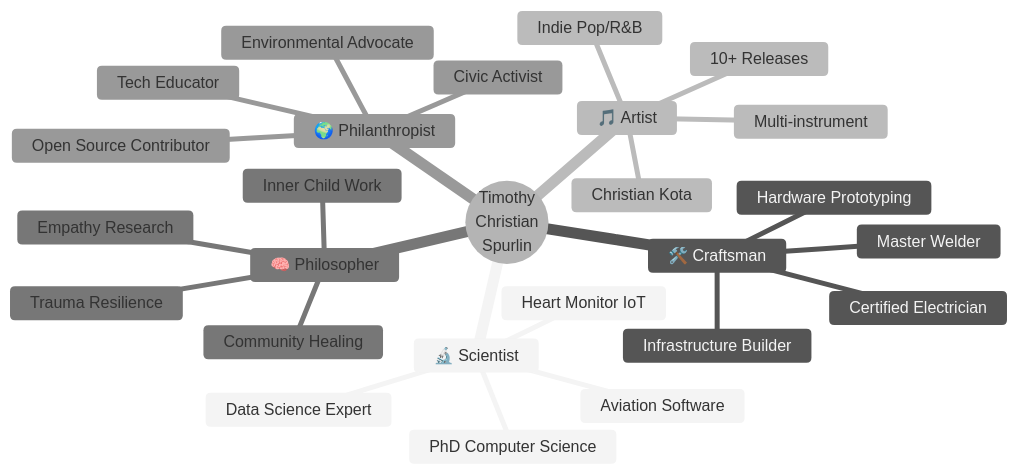
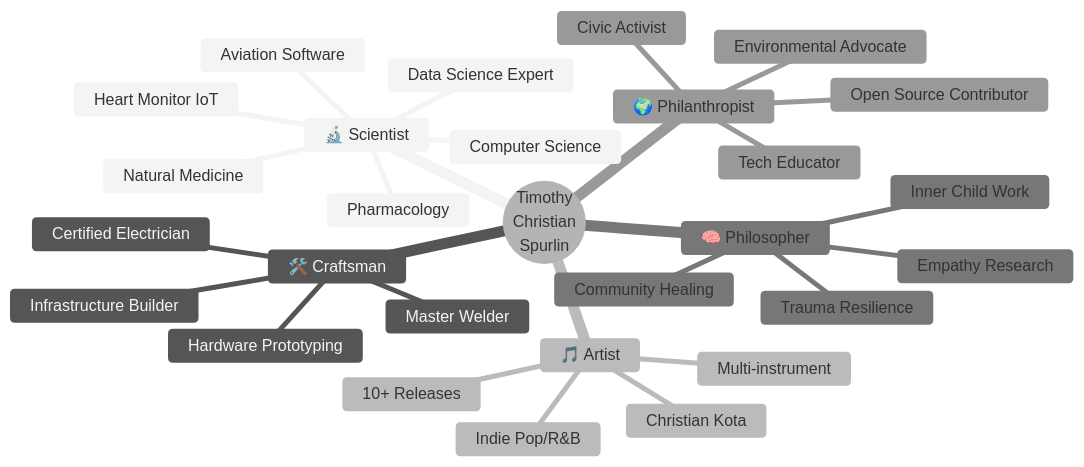
Before and after one commit to Tim-Spurlin/Christian-Kota-Contributions-Snapshot: the first of 11 diagrams in README.md, drawn with Mermaid (neutral theme). The commit also changed other lines of this file and 2 other files, not shown here.

Commit message:
Remove PhD student references and update with natural medicine focus

````diff
--- a/README.md
+++ b/README.md
@@ -38,29 +39,31 @@
 ```mermaid
 mindmap
   root((Timothy<br/>Christian<br/>Spurlin))
     🔬 Scientist
-      PhD Computer Science
+      Computer Science
       Data Science Expert
       Aviation Software
       Heart Monitor IoT
+      Natural Medicine
+      Pharmacology
     🛠️ Craftsman
       Master Welder
       Certified Electrician
       Hardware Prototyping
       Infrastructure Builder
     🎵 Artist
       Christian Kota
       Indie Pop/R&B
       Multi-instrument
       10+ Releases
     🧠 Philosopher
       Inner Child Work
       Trauma Resilience
       Empathy Research
       Community Healing
     🌍 Philanthropist
       Tech Educator
       Environmental Advocate
       Open Source Contributor
       Civic Activist
 ```
````
